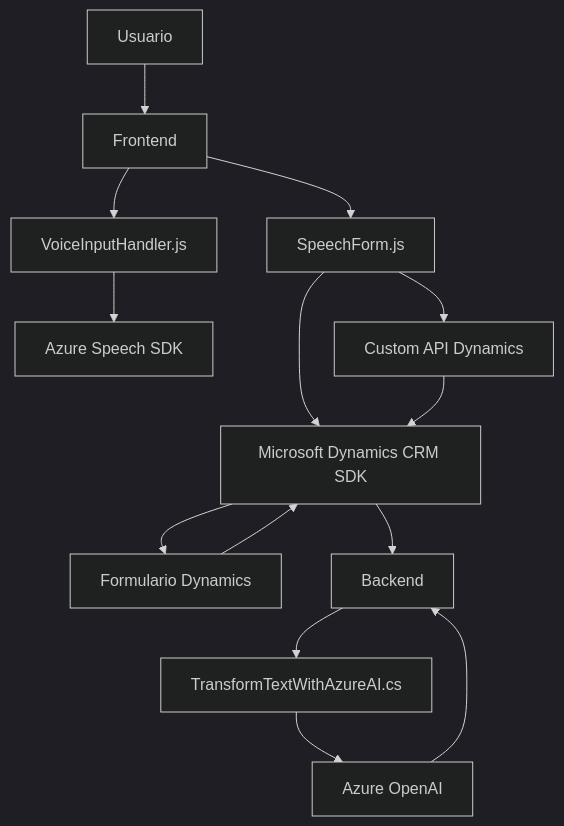
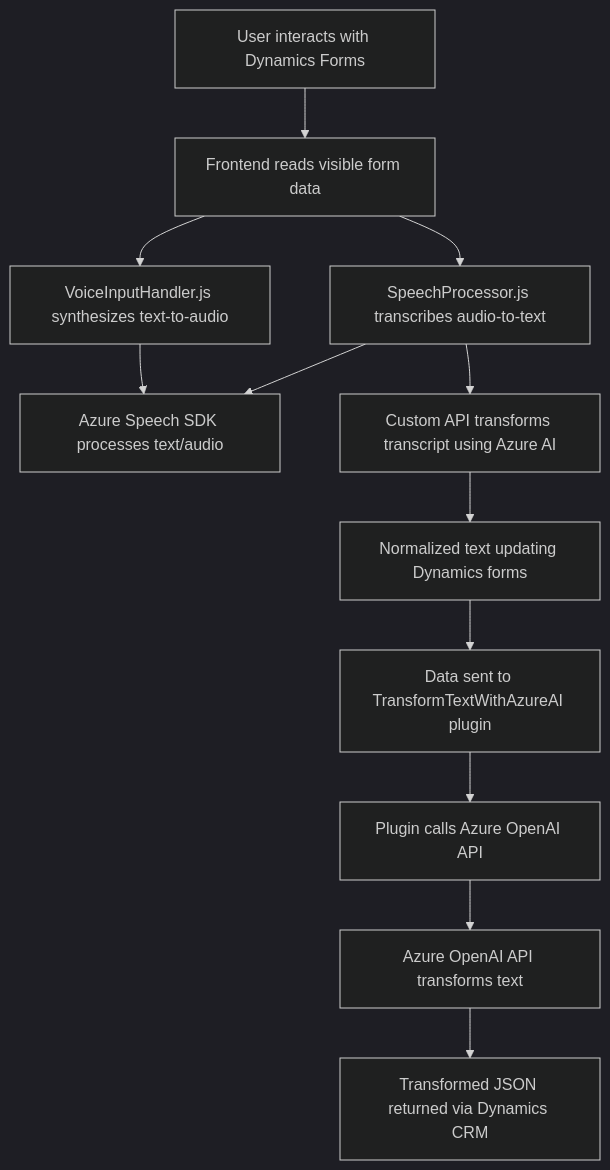
Before and after one commit to blopezdm/NETCORE_BILBAO2025: the diagram in README.md, drawn with Mermaid (dark theme). The commit also changed other lines of this file, not shown here.

````diff
--- a/README.md
+++ b/README.md
@@ -47,16 +55,14 @@
 ```mermaid
 graph TD
-    A["Usuario"] --> B["Frontend"]
-    B --> C["VoiceInputHandler.js"]
-    B --> D["SpeechForm.js"]
-    C --> E["Azure Speech SDK"]
-    D --> F["Microsoft Dynamics CRM SDK"]
-    F --> G["Formulario Dynamics"]
-    D --> H["Custom API Dynamics"]
-    H --> F
-    G --> F
-    F --> I["Backend"]
-    I --> J["TransformTextWithAzureAI.cs"]
-    J --> K["Azure OpenAI"]
-    K --> I
+    A["User interacts with Dynamics Forms"] --> B["Frontend reads visible form data"]
+    B --> C["VoiceInputHandler.js synthesizes text-to-audio"]
+    B --> D["SpeechProcessor.js transcribes audio-to-text"]
+    C --> E["Azure Speech SDK processes text/audio"]
+    D --> E
+    D --> F["Custom API transforms transcript using Azure AI"]
+    F --> G["Normalized text updating Dynamics forms"]
+    G --> H["Data sent to TransformTextWithAzureAI plugin"]
+    H --> I["Plugin calls Azure OpenAI API"]
+    I --> J["Azure OpenAI API transforms text"]
+    J --> K["Transformed JSON returned via Dynamics CRM"]
 ```
````
